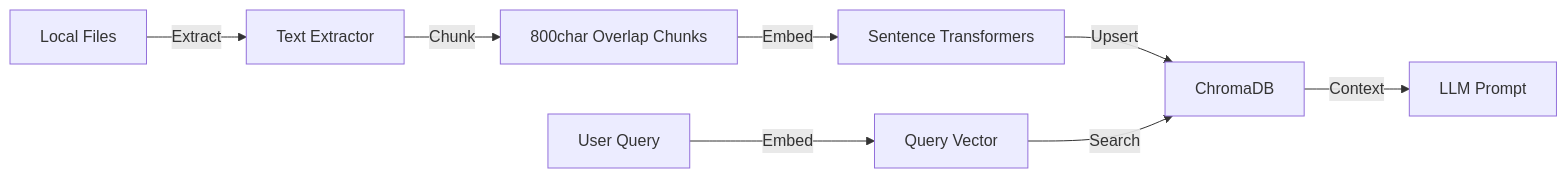
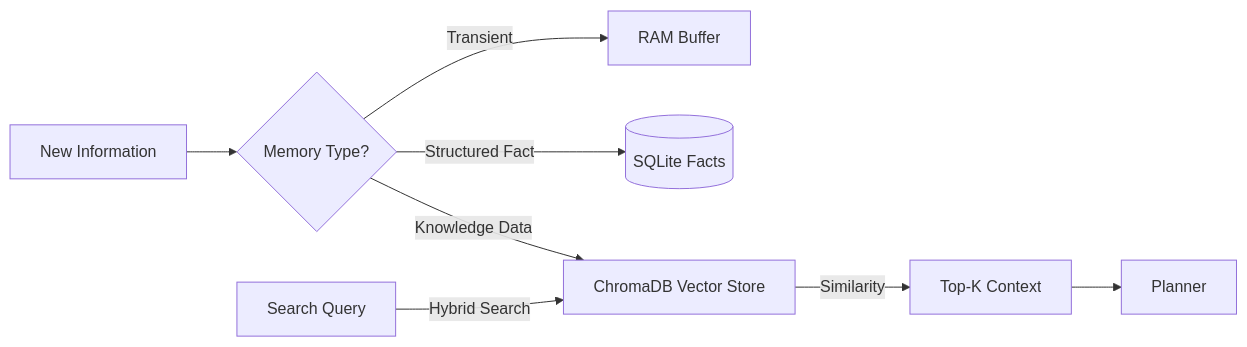
Before and after one commit to Sirius6907/B.U.D.D.Y-Mark-67: the second of 3 diagrams in README.md, drawn with Mermaid. The commit also changed other lines of this file, not shown here.

Commit message:
Enhance README: Massively expanded engineering details and diagrams

````diff
--- a/README.md
+++ b/README.md
@@ -47,11 +64,11 @@
 ```mermaid
 graph LR
-    Files[Local Files] -->|Extract| Text[Text Extractor]
-    Text -->|Chunk| Chunks[800char Overlap Chunks]
-    Chunks -->|Embed| Model[Sentence Transformers]
-    Model -->|Upsert| Vector[ChromaDB]
+    Input[New Information] --> Classify{Memory Type?}
+    Classify -->|Transient| Buffer[RAM Buffer]
+    Classify -->|Structured Fact| SQL[(SQLite Facts)]
+    Classify -->|Knowledge Data| RAG[ChromaDB Vector Store]
     
-    Query[User Query] -->|Embed| QueryVector[Query Vector]
-    QueryVector -->|Search| Vector
-    Vector -->|Context| Prompt[LLM Prompt]
+    Query[Search Query] -->|Hybrid Search| RAG
+    RAG -->|Similarity| Context[Top-K Context]
+    Context --> Planner
 ```
````
